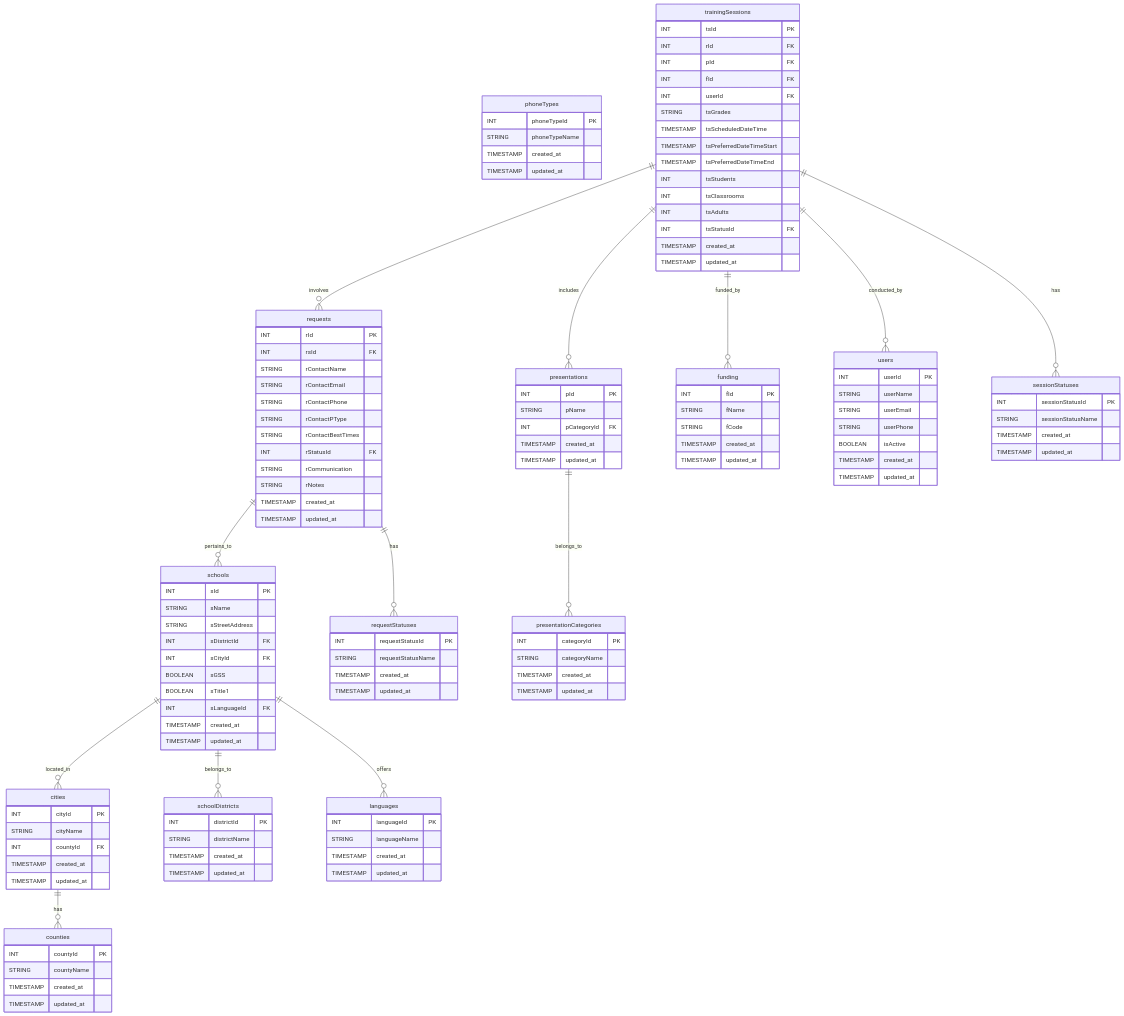
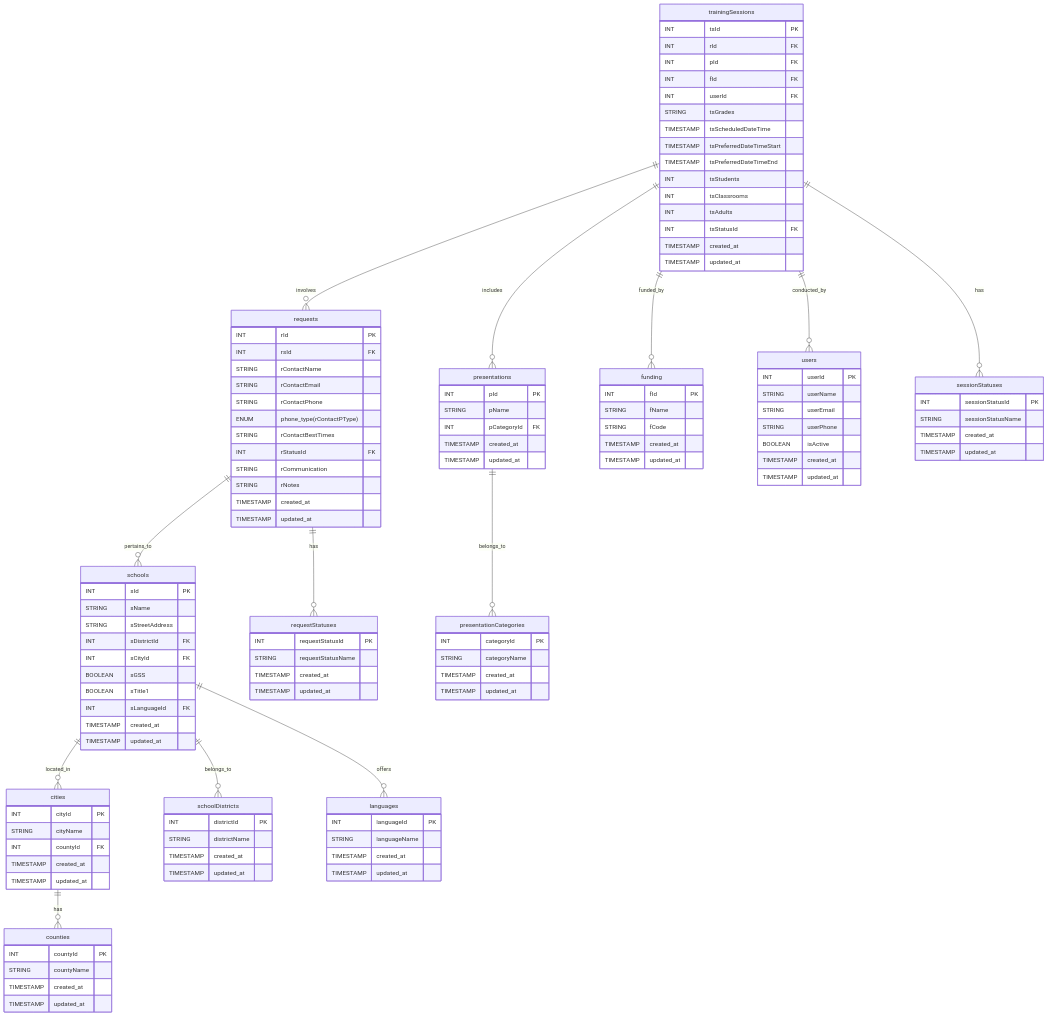
The diagram in readme.md (Kitamreik/ecocycle-test), drawn with Mermaid before and after one commit.

```diff
--- a/readme.md
+++ b/readme.md
@@ -28,13 +28,6 @@
     schoolDistricts {
         INT districtId PK
         STRING districtName
-        TIMESTAMP created_at
-        TIMESTAMP updated_at
-    }
-
-    phoneTypes {
-        INT phoneTypeId PK
-        STRING phoneTypeName
         TIMESTAMP created_at
         TIMESTAMP updated_at
     }
@@ -80,7 +73,7 @@
         STRING rContactName
         STRING rContactEmail
         STRING rContactPhone
-        STRING rContactPType
+        ENUM phone_type(rContactPType)
         STRING rContactBestTimes
         INT rStatusId FK
         STRING rCommunication
```
